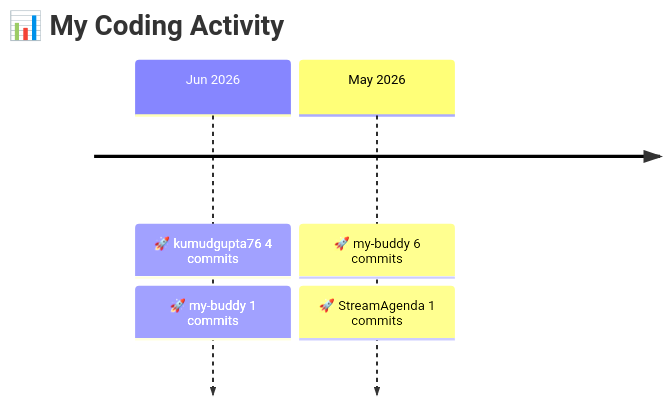
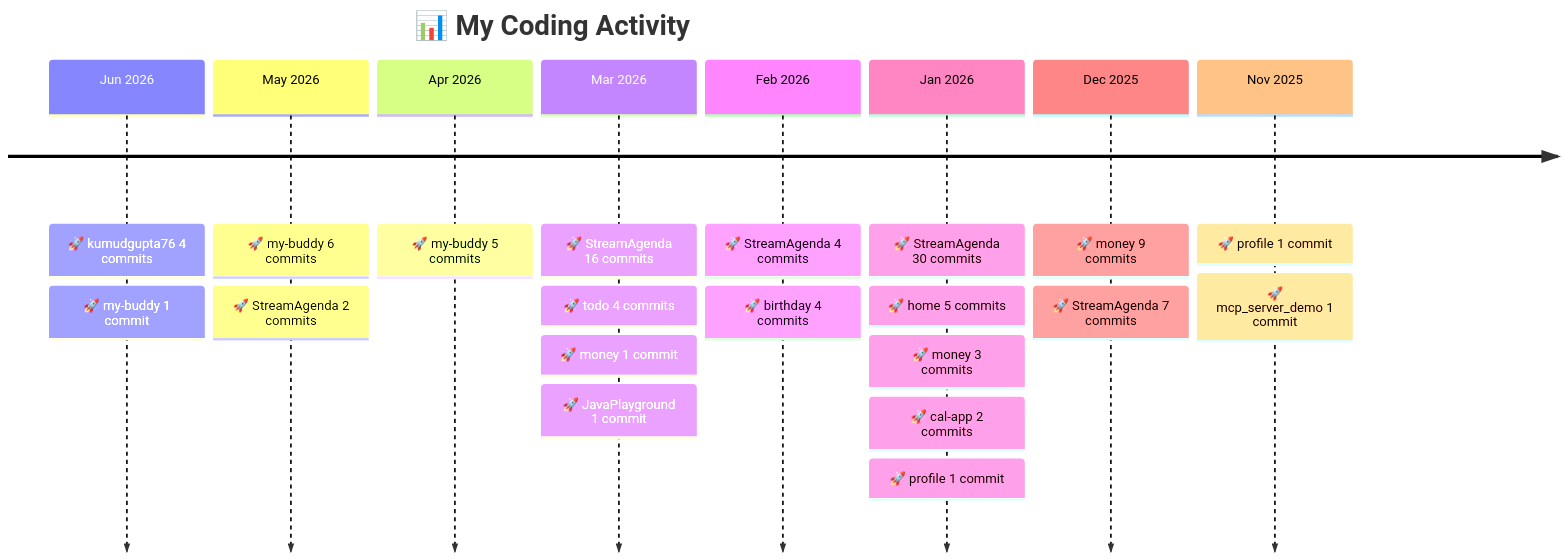
One commit to kumudgupta76/kumudgupta76 changed the diagram in README.md. Above: the diagram before and after it, drawn with Mermaid. The commit also changed other lines of this file and 1 other file, not shown here.

````diff
--- a/README.md
+++ b/README.md
@@ -39,6 +39,12 @@
 ```mermaid
 timeline
     title 📊 My Coding Activity
-    Jun 2026 : 🚀 kumudgupta76 4 commits : 🚀 my-buddy 1 commits
-    May 2026 : 🚀 my-buddy 6 commits : 🚀 StreamAgenda 1 commits
+    Jun 2026 : 🚀 kumudgupta76 4 commits : 🚀 my-buddy 1 commit
+    May 2026 : 🚀 my-buddy 6 commits : 🚀 StreamAgenda 2 commits
+    Apr 2026 : 🚀 my-buddy 5 commits
+    Mar 2026 : 🚀 StreamAgenda 16 commits : 🚀 todo 4 commits : 🚀 money 1 commit : 🚀 JavaPlayground 1 commit
+    Feb 2026 : 🚀 StreamAgenda 4 commits : 🚀 birthday 4 commits
+    Jan 2026 : 🚀 StreamAgenda 30 commits : 🚀 home 5 commits : 🚀 money 3 commits : 🚀 cal-app 2 commits : 🚀 profile 1 commit
+    Dec 2025 : 🚀 money 9 commits : 🚀 StreamAgenda 7 commits
+    Nov 2025 : 🚀 profile 1 commit : 🚀 mcp_server_demo 1 commit
 ```
````
